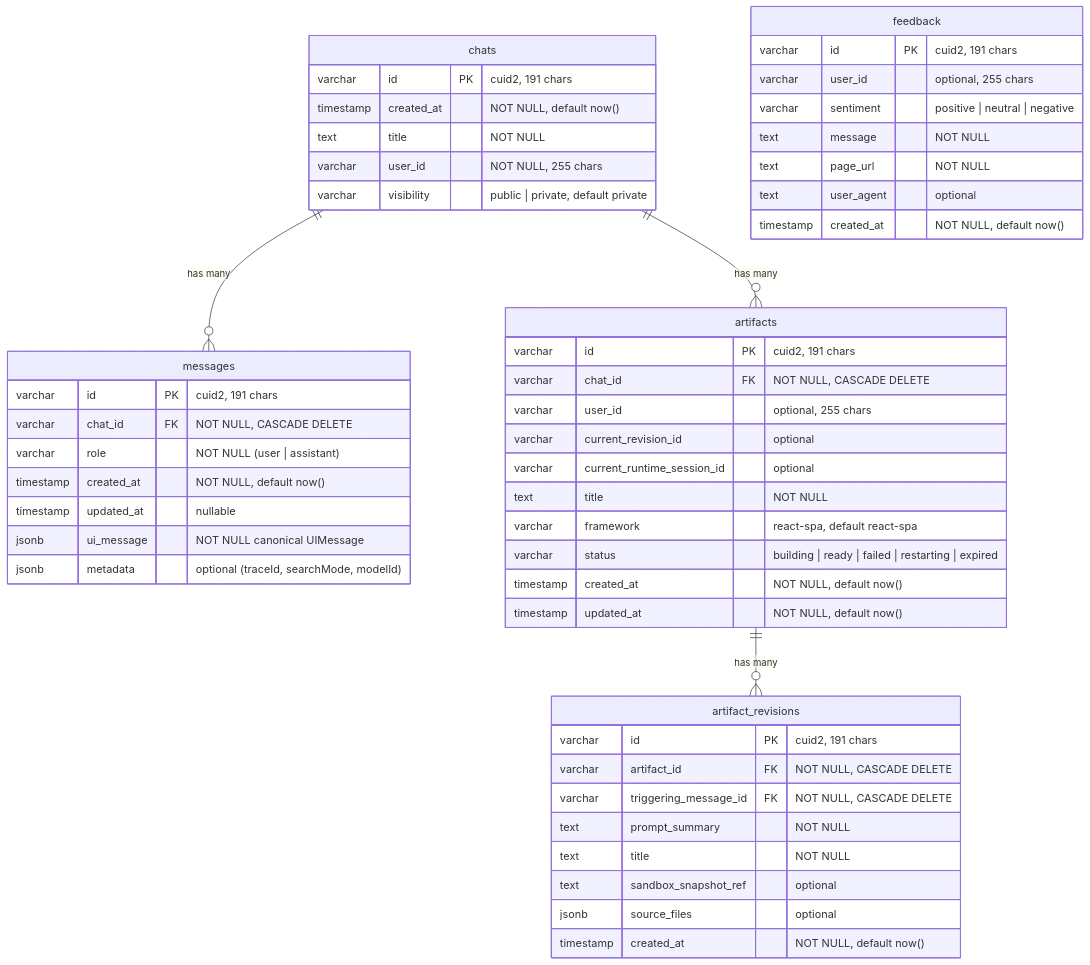
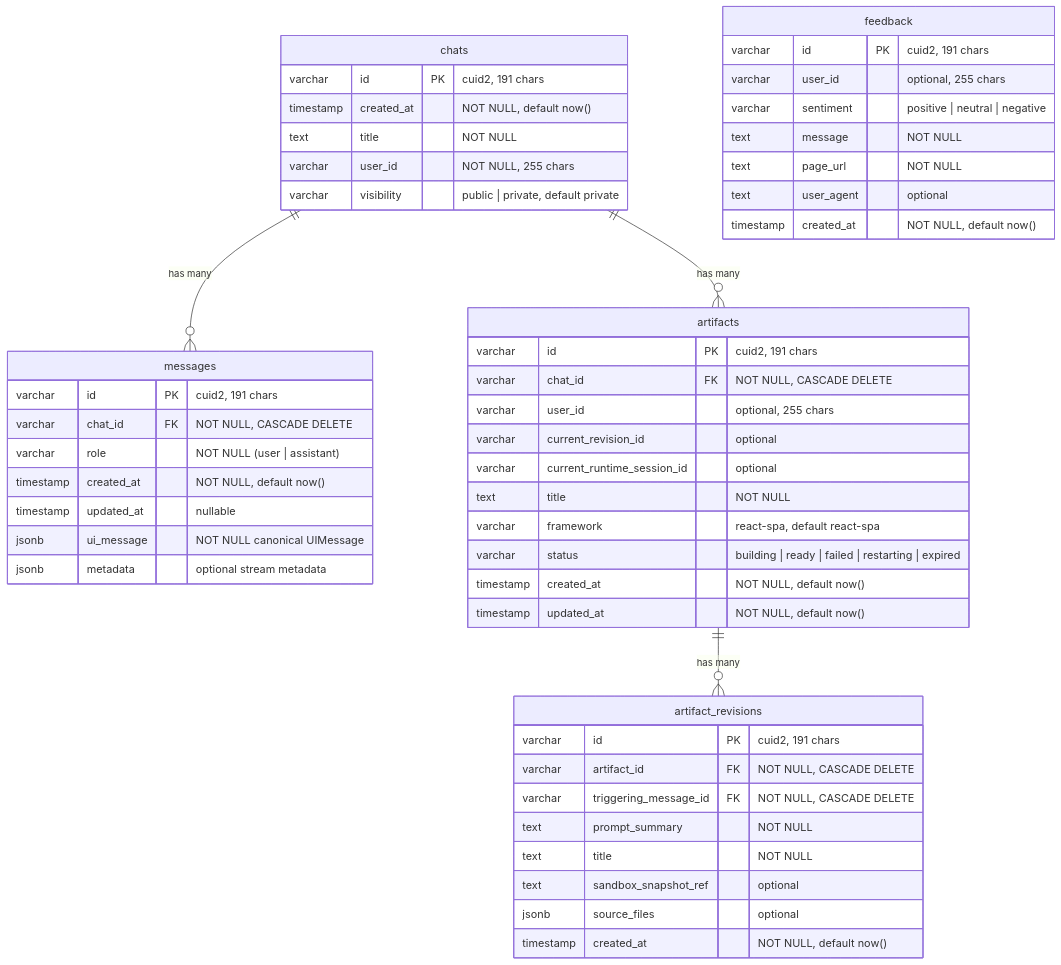
Before and after one commit to NickB03/polymorph: the fifth of 10 diagrams in docs/architecture/OVERVIEW.md, drawn with Mermaid. The commit also changed other lines of this file and 39 other files, not shown here.

````diff
--- a/docs/architecture/OVERVIEW.md
+++ b/docs/architecture/OVERVIEW.md
@@ -381,58 +381,58 @@
 ```mermaid
 erDiagram
     chats {
         varchar id PK "cuid2, 191 chars"
         timestamp created_at "NOT NULL, default now()"
         text title "NOT NULL"
         varchar user_id "NOT NULL, 255 chars"
         varchar visibility "public | private, default private"
     }
 
     messages {
         varchar id PK "cuid2, 191 chars"
         varchar chat_id FK "NOT NULL, CASCADE DELETE"
         varchar role "NOT NULL (user | assistant)"
         timestamp created_at "NOT NULL, default now()"
         timestamp updated_at "nullable"
         jsonb ui_message "NOT NULL canonical UIMessage"
-        jsonb metadata "optional (traceId, searchMode, modelId)"
+        jsonb metadata "optional stream metadata"
     }
 
     artifacts {
         varchar id PK "cuid2, 191 chars"
         varchar chat_id FK "NOT NULL, CASCADE DELETE"
         varchar user_id "optional, 255 chars"
         varchar current_revision_id "optional"
         varchar current_runtime_session_id "optional"
         text title "NOT NULL"
         varchar framework "react-spa, default react-spa"
         varchar status "building | ready | failed | restarting | expired"
         timestamp created_at "NOT NULL, default now()"
         timestamp updated_at "NOT NULL, default now()"
     }
 
     artifact_revisions {
         varchar id PK "cuid2, 191 chars"
         varchar artifact_id FK "NOT NULL, CASCADE DELETE"
         varchar triggering_message_id FK "NOT NULL, CASCADE DELETE"
         text prompt_summary "NOT NULL"
         text title "NOT NULL"
         text sandbox_snapshot_ref "optional"
         jsonb source_files "optional"
         timestamp created_at "NOT NULL, default now()"
     }
 
     feedback {
         varchar id PK "cuid2, 191 chars"
         varchar user_id "optional, 255 chars"
         varchar sentiment "positive | neutral | negative"
         text message "NOT NULL"
         text page_url "NOT NULL"
         text user_agent "optional"
         timestamp created_at "NOT NULL, default now()"
     }
 
     chats ||--o{ messages : "has many"
     chats ||--o{ artifacts : "has many"
     artifacts ||--o{ artifact_revisions : "has many"
 ```
````
